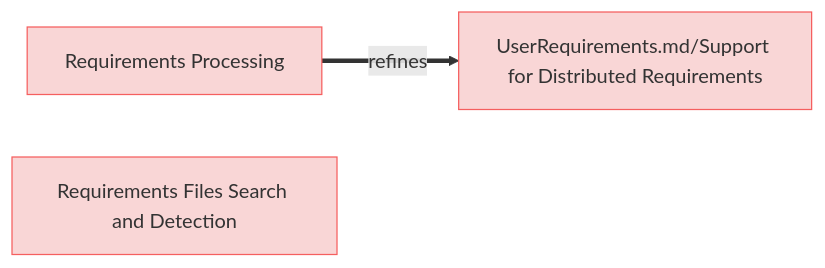
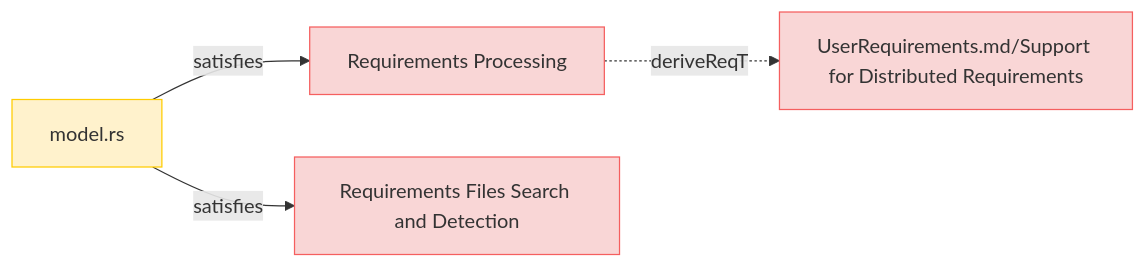
One commit to reqvire-org/reqvire changed the fourth of 9 diagrams in specifications/SystemRequirements/Requirements.md. Above: the diagram before and after it, drawn with Mermaid. The commit also changed other lines of this file and 12 other files, not shown here.

````diff
--- a/specifications/SystemRequirements/Requirements.md
+++ b/specifications/SystemRequirements/Requirements.md
@@ -588,21 +638,26 @@
 ```mermaid
 graph LR;
   %% Graph styling
   classDef requirement fill:#f9d6d6,stroke:#f55f5f,stroke-width:1px;
   classDef satisfies fill:#fff2cc,stroke:#ffcc00,stroke-width:1px;
   classDef verification fill:#d6f9d6,stroke:#5fd75f,stroke-width:1px;
   classDef externalLink fill:#d0e0ff,stroke:#3080ff,stroke-width:1px;
   classDef paragraph fill:#efefef,stroke:#999999,stroke-width:1px;
   classDef default fill:#f5f5f5,stroke:#333333,stroke-width:1px;
 
     Requirements_Processing["Requirements Processing"];
     click Requirements_Processing "SystemRequirements/Requirements.md#requirements-processing";
     class Requirements_Processing requirement;
-    Requirements_Processing ==>|refines| _UserRequirements_md_Support_for_Distributed_Requirements_____UserRequirements_md_support_for_distributed_requirements_;
+    Requirements_Processing -.->|deriveReqT| _UserRequirements_md_Support_for_Distributed_Requirements_____UserRequirements_md_support_for_distributed_requirements_;
     _UserRequirements_md_Support_for_Distributed_Requirements_____UserRequirements_md_support_for_distributed_requirements_["UserRequirements.md/Support for Distributed Requirements"];
     click _UserRequirements_md_Support_for_Distributed_Requirements_____UserRequirements_md_support_for_distributed_requirements_ "../UserRequirements.md#support-for-distributed-requirements";
     class _UserRequirements_md_Support_for_Distributed_Requirements_____UserRequirements_md_support_for_distributed_requirements_ requirement;
+    _model_rs__https___github_com_reqflow_reqflow_src_model_rs_ -->|satisfies| Requirements_Processing;
+    _model_rs__https___github_com_reqflow_reqflow_src_model_rs_["model.rs"];
+    click _model_rs__https___github_com_reqflow_reqflow_src_model_rs_ "https://github.com/reqflow/reqflow/src#model.rs";
+    class _model_rs__https___github_com_reqflow_reqflow_src_model_rs_ satisfies;
     Requirements_Files_Search_and_Detection["Requirements Files Search and Detection"];
     click Requirements_Files_Search_and_Detection "SystemRequirements/Requirements.md#requirements-files-search-and-detection";
     class Requirements_Files_Search_and_Detection requirement;
+    _model_rs__https___github_com_reqflow_reqflow_src_model_rs_ -->|satisfies| Requirements_Files_Search_and_Detection;
 ```
````
